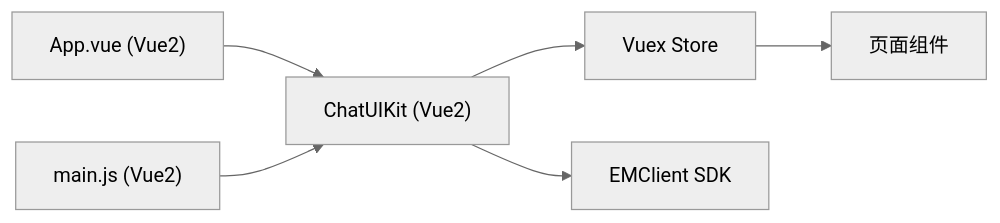
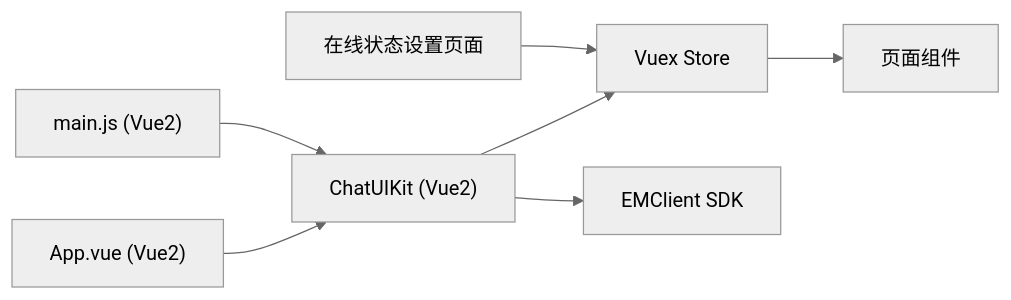
One commit to Easemob-Community/easemob-uikit-uniapp-community changed the ninth of 13 diagrams in .qoder/repowiki/zh/content/示例应用/示例应用.md. Above: the diagram before and after it, drawn with Mermaid (neutral theme). The commit also changed other lines of this file and 5 other files, not shown here.

````diff
--- a/.qoder/repowiki/zh/content/示例应用/示例应用.md
+++ b/.qoder/repowiki/zh/content/示例应用/示例应用.md
@@ -582,14 +744,16 @@
 ```mermaid
 graph LR
 VUE2APP["App.vue (Vue2)"]
 VUE2MAIN["main.js (Vue2)"]
 VUE2KIT["ChatUIKit (Vue2)"]
 VUE2STORES["Vuex Store"]
 VUE2IM["EMClient SDK"]
 VUE2PAGES["页面组件"]
+VUE2PRESENCE["在线状态设置页面"]
 VUE2APP --> VUE2KIT
 VUE2MAIN --> VUE2KIT
 VUE2KIT --> VUE2STORES
 VUE2KIT --> VUE2IM
 VUE2STORES --> VUE2PAGES
+VUE2PRESENCE --> VUE2STORES
 ```
````
